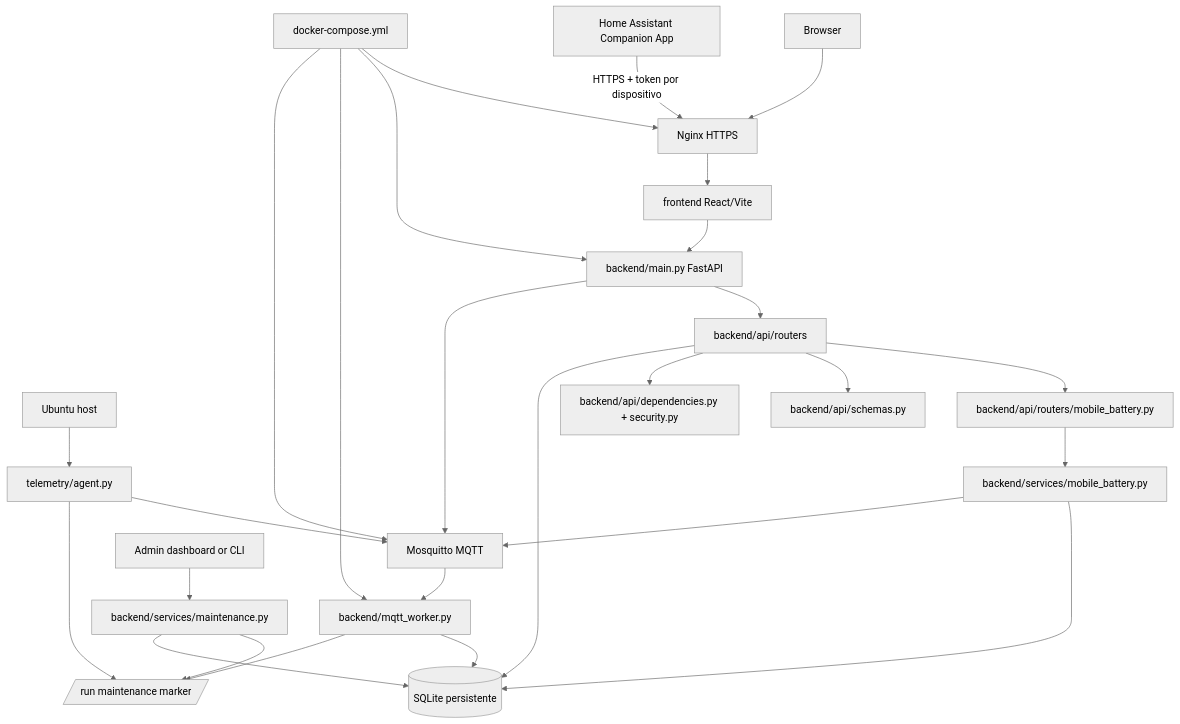
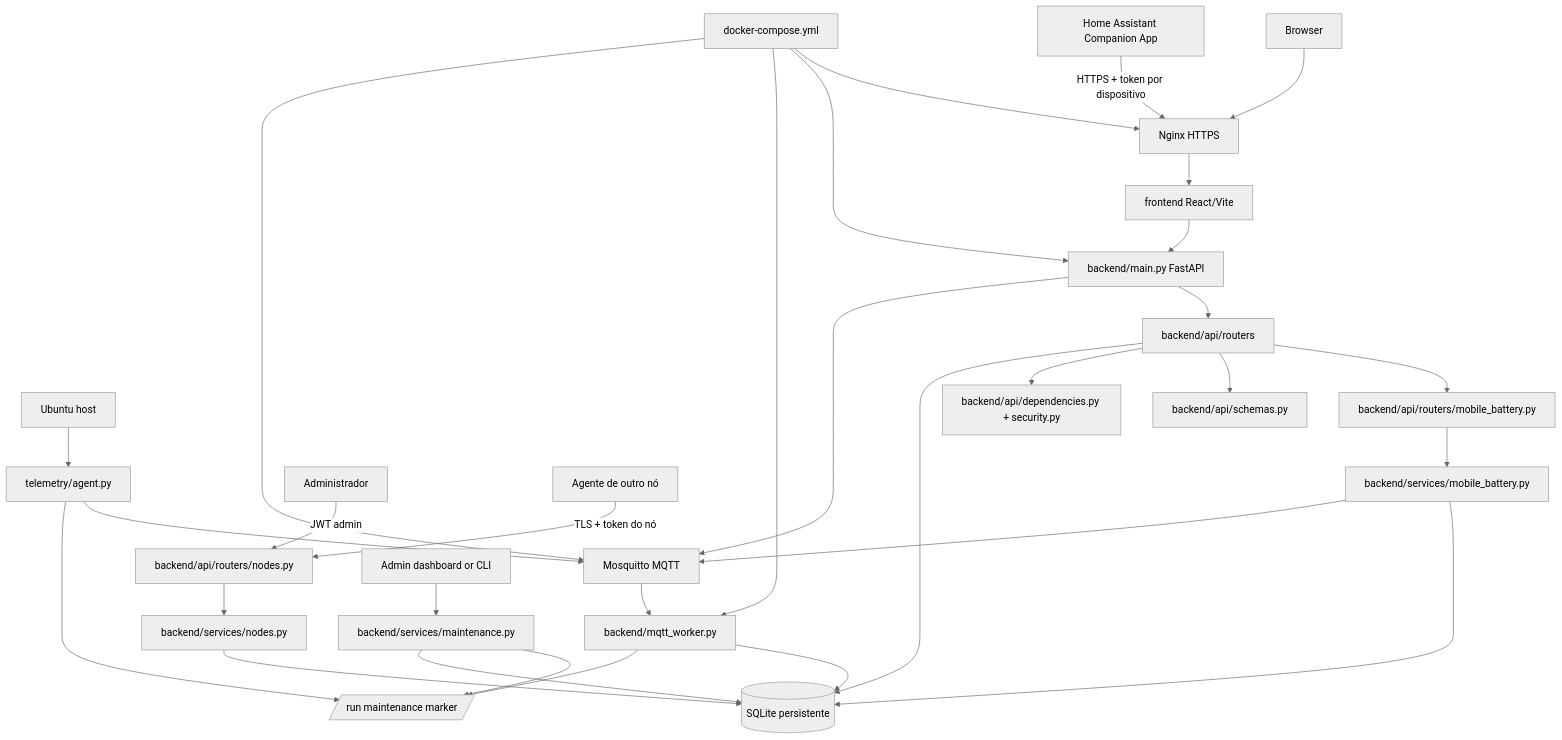
The first of 2 diagrams in docs/MODULE_MAP.md (astec10/nivus-edge-node), drawn with Mermaid (neutral theme) before and after one commit. The commit also changed other lines of this file, not shown here.

````diff
--- a/docs/MODULE_MAP.md
+++ b/docs/MODULE_MAP.md
@@ -7,29 +7,33 @@
 ```mermaid
 flowchart TD
   Host[Ubuntu host] --> Agent[telemetry/agent.py]
   Agent --> MQTT[Mosquitto MQTT]
   MQTT --> Worker[backend/mqtt_worker.py]
   Worker --> DB[(SQLite persistente)]
   Browser[Browser] --> Nginx[Nginx HTTPS]
   Nginx --> UI[frontend React/Vite]
   UI --> API[backend/main.py FastAPI]
   API --> Routers[backend/api/routers]
   Phone[Home Assistant Companion App] -->|HTTPS + token por dispositivo| Nginx
   Routers --> BatteryRouter[backend/api/routers/mobile_battery.py]
   BatteryRouter --> BatteryService[backend/services/mobile_battery.py]
   BatteryService --> DB
   BatteryService --> MQTT
+  Admin[Administrador] -->|JWT admin| NodesRouter[backend/api/routers/nodes.py]
+  NodeAgent[Agente de outro nó] -->|TLS + token do nó| NodesRouter
+  NodesRouter --> NodesService[backend/services/nodes.py]
+  NodesService --> DB
   Routers --> Schemas[backend/api/schemas.py]
   Routers --> Auth[backend/api/dependencies.py + security.py]
   Routers --> DB
   API --> MQTT
   Operator[Admin dashboard or CLI] --> Maintenance[backend/services/maintenance.py]
   Maintenance --> State[/run maintenance marker/]
   Maintenance --> DB
   Agent[telemetry/agent.py] --> State
   Worker[backend/mqtt_worker.py] --> State
   Compose[docker-compose.yml] --> Nginx
   Compose --> API
   Compose --> Worker
   Compose --> MQTT
 ```
````
